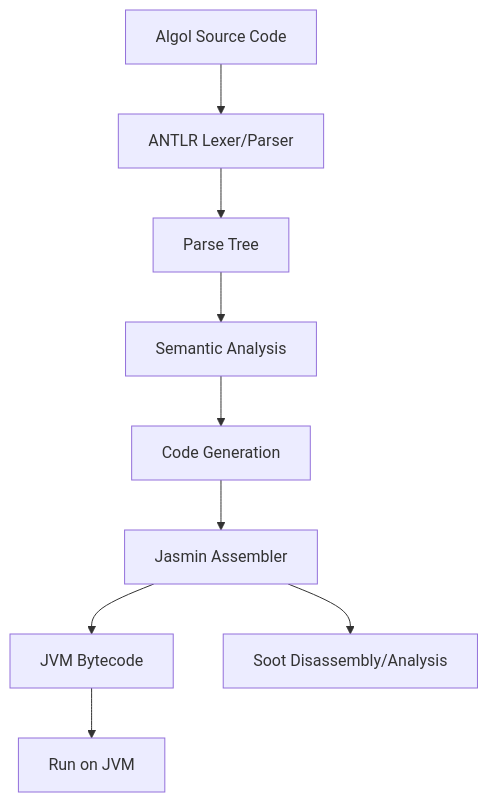
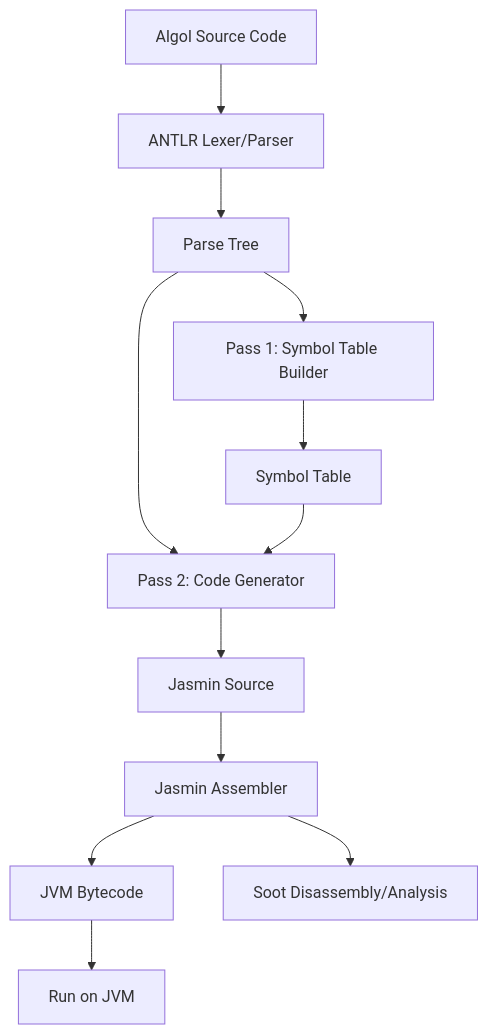
One commit to gnbonney/Perseus changed the first of 2 diagrams in docs/Architecture.md. Above: the diagram before and after it, drawn with Mermaid. The commit also changed other lines of this file and 1 other file, not shown here.

Commit message:
Document two-pass compile architecture; add detailed Compiler-TODO.md

````diff
--- a/docs/Architecture.md
+++ b/docs/Architecture.md
@@ -16,11 +17,14 @@
 ```mermaid
 flowchart TD
     A[Algol Source Code] --> B[ANTLR Lexer/Parser]
     B --> C[Parse Tree]
-    C --> D[Semantic Analysis]
-    D --> E[Code Generation]
-    E --> F[Jasmin Assembler]
-    F --> G[JVM Bytecode]
-    G --> H[Run on JVM]
-    F --> I[Soot Disassembly/Analysis]
+    C --> D[Pass 1: Symbol Table Builder]
+    D --> E[Symbol Table]
+    C --> F[Pass 2: Code Generator]
+    E --> F
+    F --> G[Jasmin Source]
+    G --> H[Jasmin Assembler]
+    H --> I[JVM Bytecode]
+    I --> J[Run on JVM]
+    H --> K[Soot Disassembly/Analysis]
 ```
````
